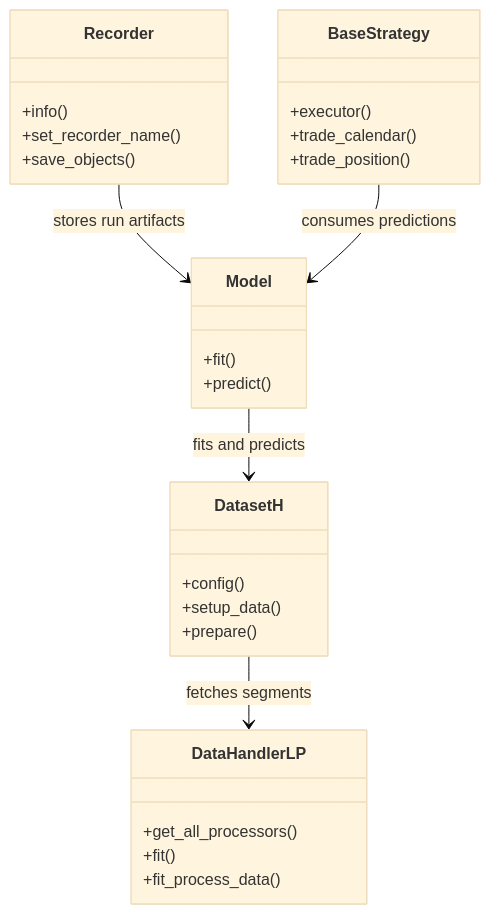
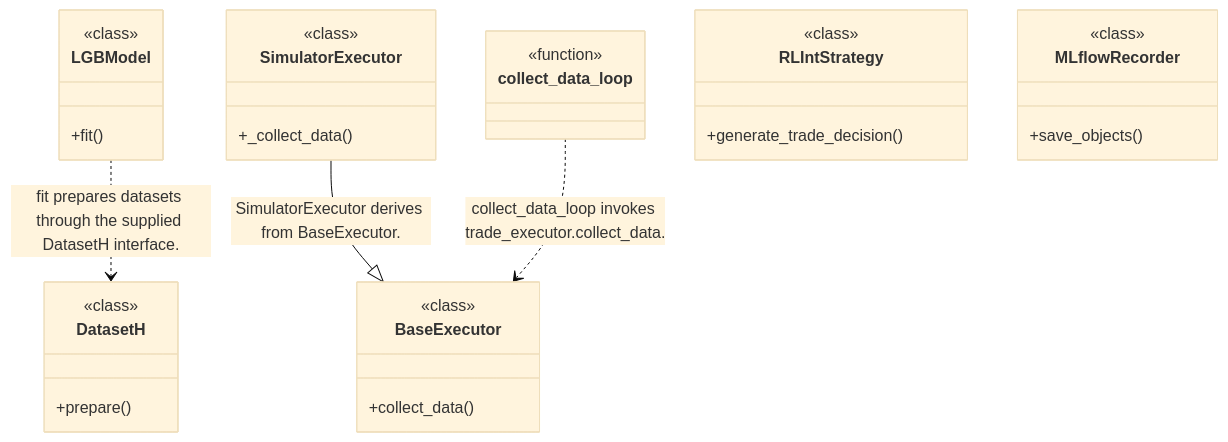
One commit to alexcwyu/qlib changed the second of 4 diagrams in docs/ayu-develop.md. Above: the diagram before and after it, drawn with Mermaid (base theme). The commit also changed other lines of this file and 7 other files, not shown here.

Commit message:
docs: standardize source-reviewed system guides and offline diagrams

````diff
--- a/docs/ayu-develop.md
+++ b/docs/ayu-develop.md
@@ -35,31 +96,33 @@
 ```mermaid
 classDiagram
-    class DataHandlerLP {
-        +get_all_processors()
-        +fit()
-        +fit_process_data()
-    }
-    class DatasetH {
-        +config()
-        +setup_data()
-        +prepare()
-    }
-    class Model {
-        +fit()
-        +predict()
-    }
-    class Recorder {
-        +info()
-        +set_recorder_name()
-        +save_objects()
-    }
-    class BaseStrategy {
-        +executor()
-        +trade_calendar()
-        +trade_position()
-    }
-    DatasetH --> DataHandlerLP : fetches segments
-    Model --> DatasetH : fits and predicts
-    Recorder --> Model : stores run artifacts
-    BaseStrategy --> Model : consumes predictions
+  class N0["DatasetH"] {
+    <<class>>
+    +prepare()
+  }
+  class N1["LGBModel"] {
+    <<class>>
+    +fit()
+  }
+  class N2["BaseExecutor"] {
+    <<class>>
+    +collect_data()
+  }
+  class N3["SimulatorExecutor"] {
+    <<class>>
+    +_collect_data()
+  }
+  class N4["collect_data_loop"] {
+    <<function>>
+  }
+  class N5["RLIntStrategy"] {
+    <<class>>
+    +generate_trade_decision()
+  }
+  class N6["MLflowRecorder"] {
+    <<class>>
+    +save_objects()
+  }
+  N3 --|> N2 : SimulatorExecutor derives from BaseExecutor.
+  N4 ..> N2 : collect_data_loop invokes trade_executor.collect_data.
+  N1 ..> N0 : fit prepares datasets through the supplied DatasetH interface.
 ```
````
